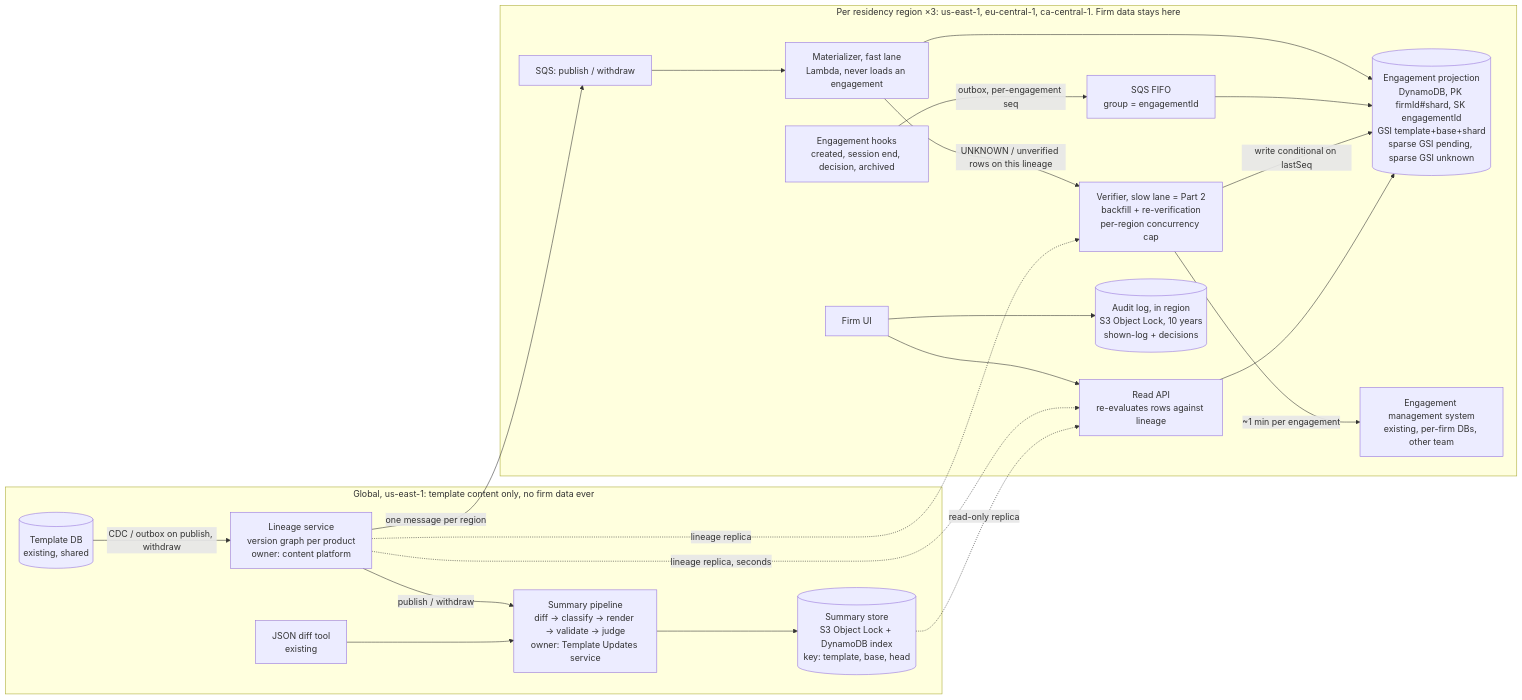
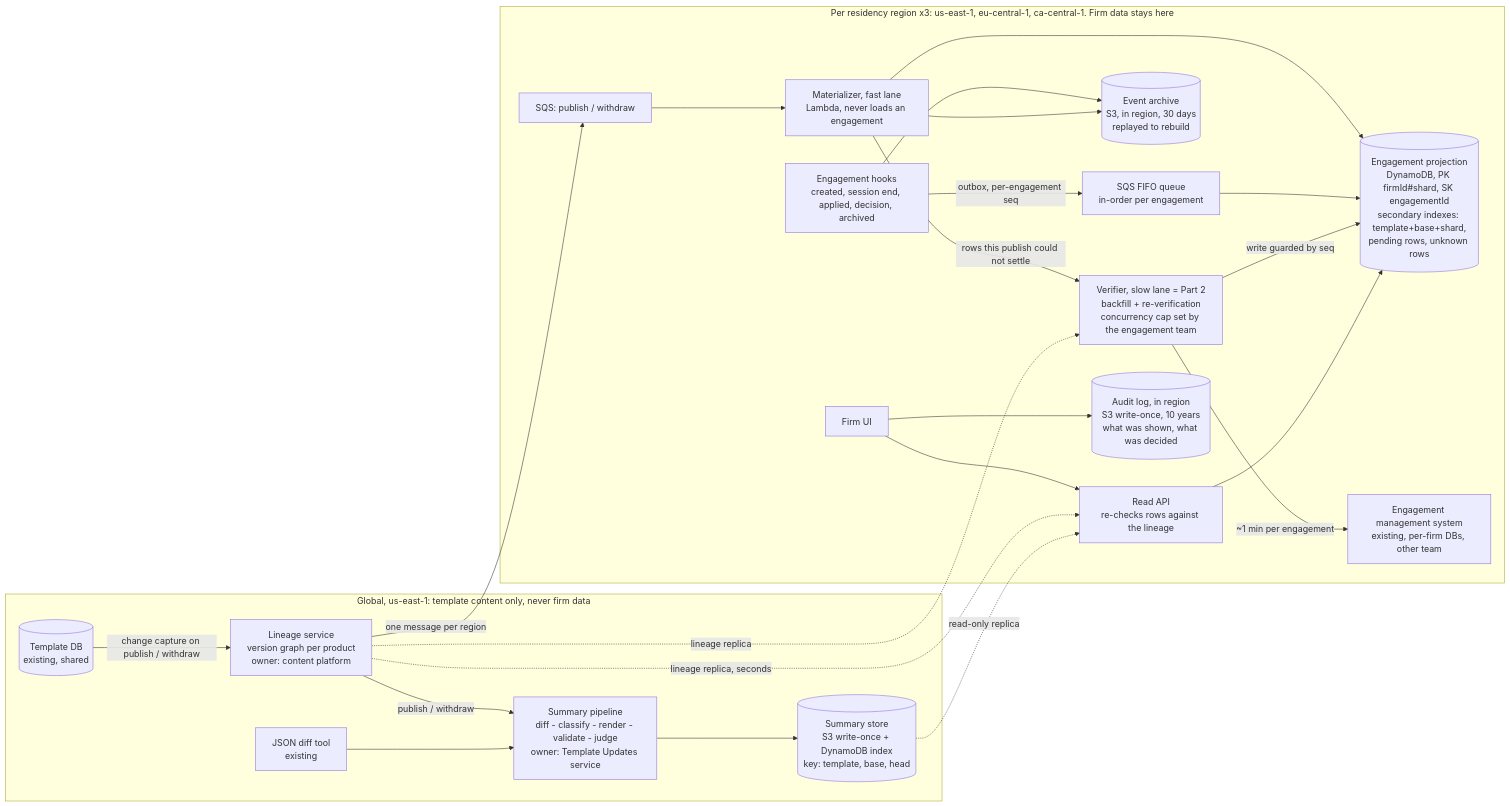
The first of 2 diagrams in docs/design.md (marcuss/caseware), drawn with Mermaid before and after one commit. The commit also changed other lines of this file, not shown here.

````diff
--- a/docs/design.md
+++ b/docs/design.md
@@ -11,25 +15,27 @@
 ```mermaid
 flowchart LR
-  subgraph G["Global, us-east-1: template content only, no firm data ever"]
-    TDB[("Template DB<br/>existing, shared")] -->|CDC / outbox on publish, withdraw| LIN["Lineage service<br/>version graph per product<br/>owner: content platform"]
-    LIN -->|publish / withdraw| PIPE["Summary pipeline<br/>diff → classify → render → validate → judge<br/>owner: Template Updates service"]
+  subgraph G["Global, us-east-1: template content only, never firm data"]
+    TDB[("Template DB<br/>existing, shared")] -->|change capture on publish / withdraw| LIN["Lineage service<br/>version graph per product<br/>owner: content platform"]
+    LIN -->|publish / withdraw| PIPE["Summary pipeline<br/>diff - classify - render - validate - judge<br/>owner: Template Updates service"]
     JD["JSON diff tool<br/>existing"] --> PIPE
-    PIPE --> SUM[("Summary store<br/>S3 Object Lock + DynamoDB index<br/>key: template, base, head")]
+    PIPE --> SUM[("Summary store<br/>S3 write-once + DynamoDB index<br/>key: template, base, head")]
   end
-  subgraph R["Per residency region ×3: us-east-1, eu-central-1, ca-central-1. Firm data stays here"]
+  subgraph R["Per residency region x3: us-east-1, eu-central-1, ca-central-1. Firm data stays here"]
     Q["SQS: publish / withdraw"] --> MAT["Materializer, fast lane<br/>Lambda, never loads an engagement"]
-    MAT --> PROJ[("Engagement projection<br/>DynamoDB, PK firmId#shard, SK engagementId<br/>GSI template+base+shard<br/>sparse GSI pending, sparse GSI unknown")]
-    HK["Engagement hooks<br/>created, session end, decision, archived"] -->|outbox, per-engagement seq| QH["SQS FIFO<br/>group = engagementId"]
+    MAT --> PROJ[("Engagement projection<br/>DynamoDB, PK firmId#shard, SK engagementId<br/>secondary indexes: template+base+shard,<br/>pending rows, unknown rows")]
+    HK["Engagement hooks<br/>created, session end, applied, decision, archived"] -->|outbox, per-engagement seq| QH["SQS FIFO queue<br/>in-order per engagement"]
     QH --> PROJ
-    MAT -->|UNKNOWN / unverified rows on this lineage| VER
-    VER["Verifier, slow lane = Part 2<br/>backfill + re-verification<br/>per-region concurrency cap"] -->|~1 min per engagement| EMS["Engagement management system<br/>existing, per-firm DBs, other team"]
-    VER -->|write conditional on lastSeq| PROJ
-    API["Read API<br/>re-evaluates rows against lineage"] --> PROJ
+    HK --> ARC[("Event archive<br/>S3, in region, 30 days<br/>replayed to rebuild")]
+    MAT --> ARC
+    MAT -->|rows this publish could not settle| VER
+    VER["Verifier, slow lane = Part 2<br/>backfill + re-verification<br/>concurrency cap set by the engagement team"] -->|~1 min per engagement| EMS["Engagement management system<br/>existing, per-firm DBs, other team"]
+    VER -->|write guarded by seq| PROJ
+    API["Read API<br/>re-checks rows against the lineage"] --> PROJ
     UI["Firm UI"] --> API
-    UI --> AUD[("Audit log, in region<br/>S3 Object Lock, 10 years<br/>shown-log + decisions")]
+    UI --> AUD[("Audit log, in region<br/>S3 write-once, 10 years<br/>what was shown, what was decided")]
   end
   LIN -->|one message per region| Q
   LIN -.->|lineage replica, seconds| API
   LIN -.->|lineage replica| VER
   SUM -.->|read-only replica| API
 ```
````
